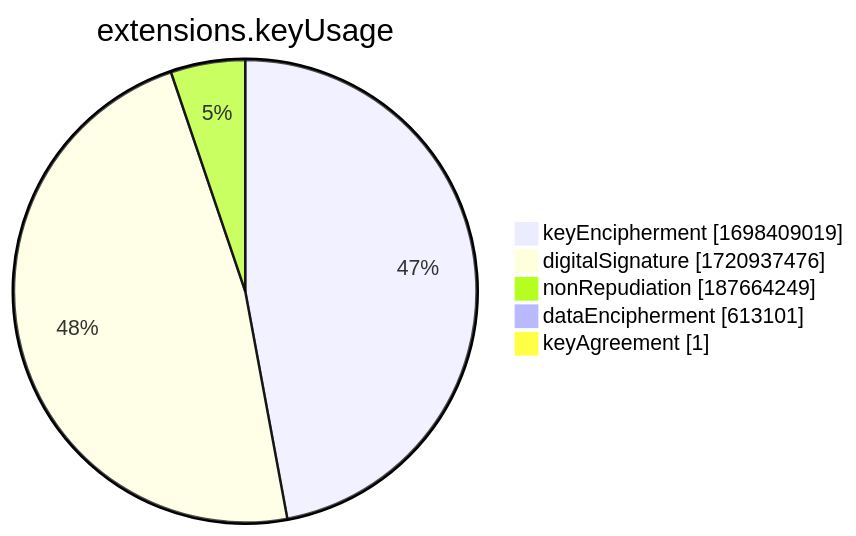
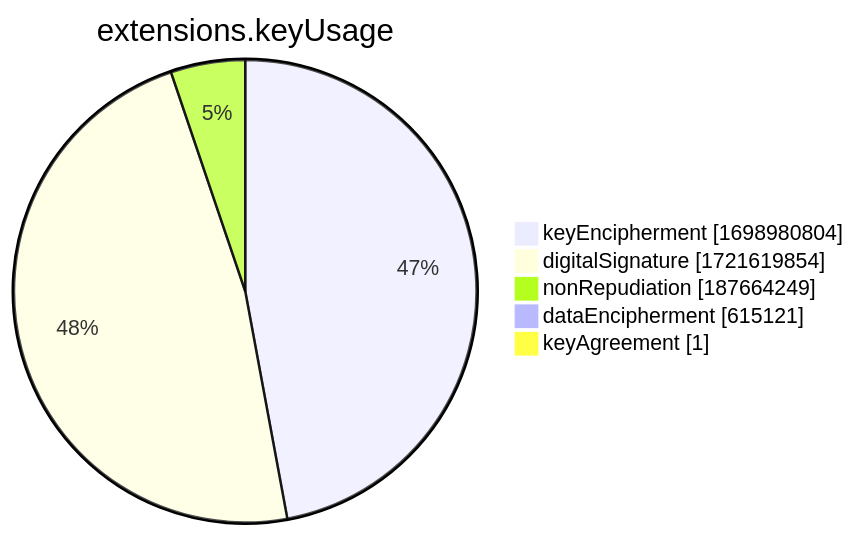
One commit to christiankrug/ctmonitor_visualization changed the seventh of 15 diagrams in xenon2022/README.md. Above: the diagram before and after it, drawn with Mermaid. The commit also changed other lines of this file, not shown here.

````diff
--- a/xenon2022/README.md
+++ b/xenon2022/README.md
@@ -2858,9 +2858,9 @@
 ```mermaid
 pie showData
 title extensions.keyUsage
-"keyEncipherment" :1698409019
-"digitalSignature" :1720937476
+"keyEncipherment" :1698980804
+"digitalSignature" :1721619854
 "nonRepudiation" :187664249
-"dataEncipherment" :613101
+"dataEncipherment" :615121
 "keyAgreement" :1
 ```
````
